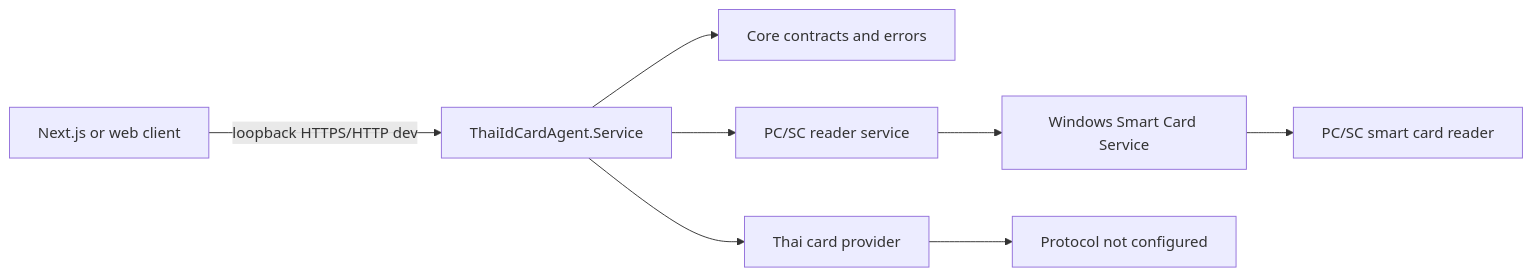
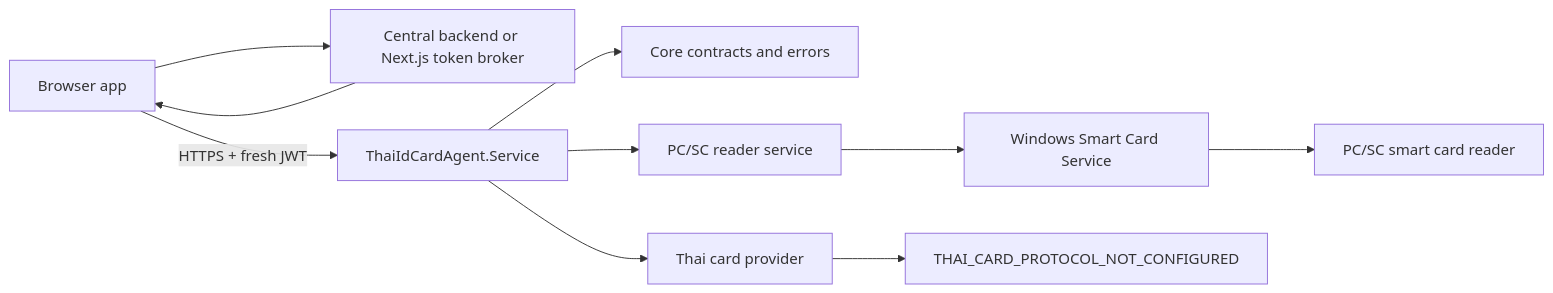
The diagram in README.md (Chaimongkon/ThaiIdCardAgent), drawn with Mermaid before and after one commit. The commit also changed other lines of this file and 33 other files, not shown here.

Commit message:
feat: add secure web integration for local smart card agent

````diff
--- a/README.md
+++ b/README.md
@@ -5,10 +5,12 @@
 ```mermaid
 flowchart LR
-    Web[Next.js or web client] -->|loopback HTTPS/HTTP dev| Api[ThaiIdCardAgent.Service]
+    Browser[Browser app] --> Backend[Central backend or Next.js token broker]
+    Backend --> Browser
+    Browser -->|HTTPS + fresh JWT| Api[ThaiIdCardAgent.Service]
     Api --> Core[Core contracts and errors]
     Api --> Pcsc[PC/SC reader service]
     Pcsc --> Win[Windows Smart Card Service]
     Win --> Reader[PC/SC smart card reader]
     Api --> Thai[Thai card provider]
-    Thai --> NotConfigured[Protocol not configured]
+    Thai --> NotConfigured[THAI_CARD_PROTOCOL_NOT_CONFIGURED]
 ```
````
